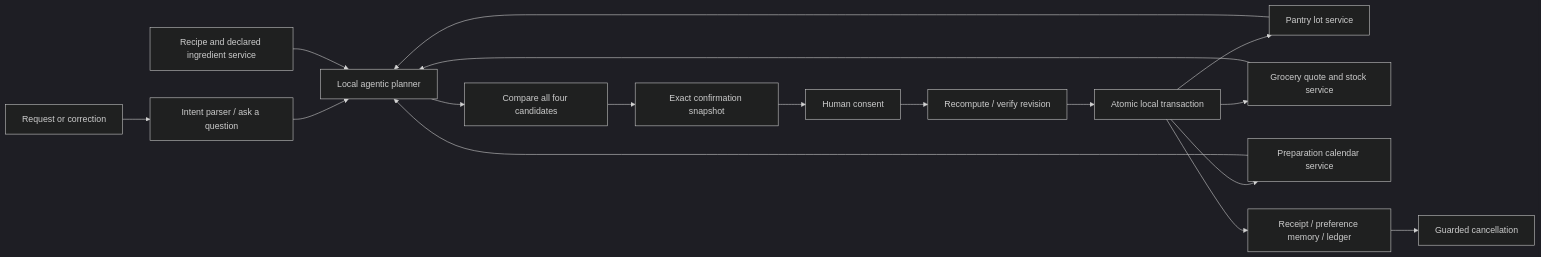
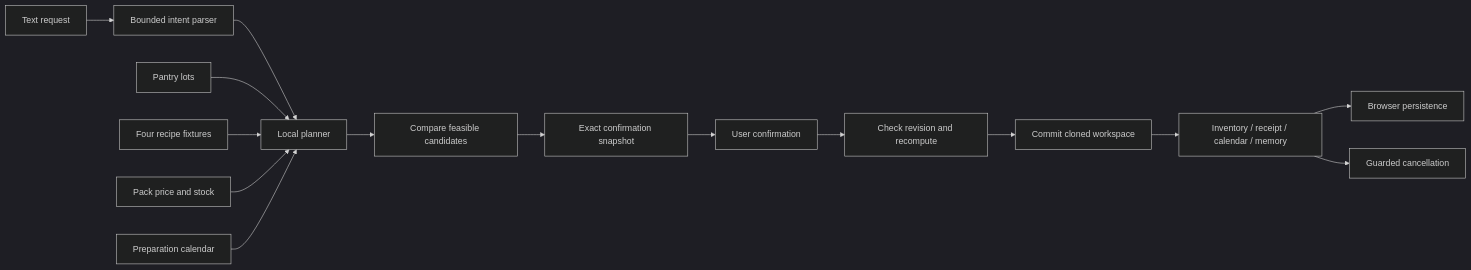
Before and after one commit to qorud02/tableready-alexa-simulation-2026: the diagram in ARCHITECTURE.md, drawn with Mermaid (dark theme). The commit also changed other lines of this file and 9 other files, not shown here.

````diff
--- a/ARCHITECTURE.md
+++ b/ARCHITECTURE.md
@@ -3,19 +7,17 @@
 ```mermaid
 flowchart LR
- U[Request or correction] --> P[Intent parser / ask a question]
- P --> A[Local agentic planner]
- I[Pantry lot service] --> A
- R[Recipe and declared ingredient service] --> A
- G[Grocery quote and stock service] --> A
- C[Preparation calendar service] --> A
- A --> O[Compare all four candidates]
+ U[Text request] --> P[Bounded intent parser]
+ P --> A[Local planner]
+ I[Pantry lots] --> A
+ R[Four recipe fixtures] --> A
+ G[Pack price and stock] --> A
+ C[Preparation calendar] --> A
+ A --> O[Compare feasible candidates]
  O --> S[Exact confirmation snapshot]
- S --> H[Human consent]
- H --> V[Recompute / verify revision]
- V --> T[Atomic local transaction]
- T --> I
- T --> G
- T --> C
- T --> L[Receipt / preference memory / ledger]
+ S --> H[User confirmation]
+ H --> V[Check revision and recompute]
+ V --> T[Commit cloned workspace]
+ T --> L[Inventory / receipt / calendar / memory]
+ L --> B[Browser persistence]
  L --> X[Guarded cancellation]
 ```
````
